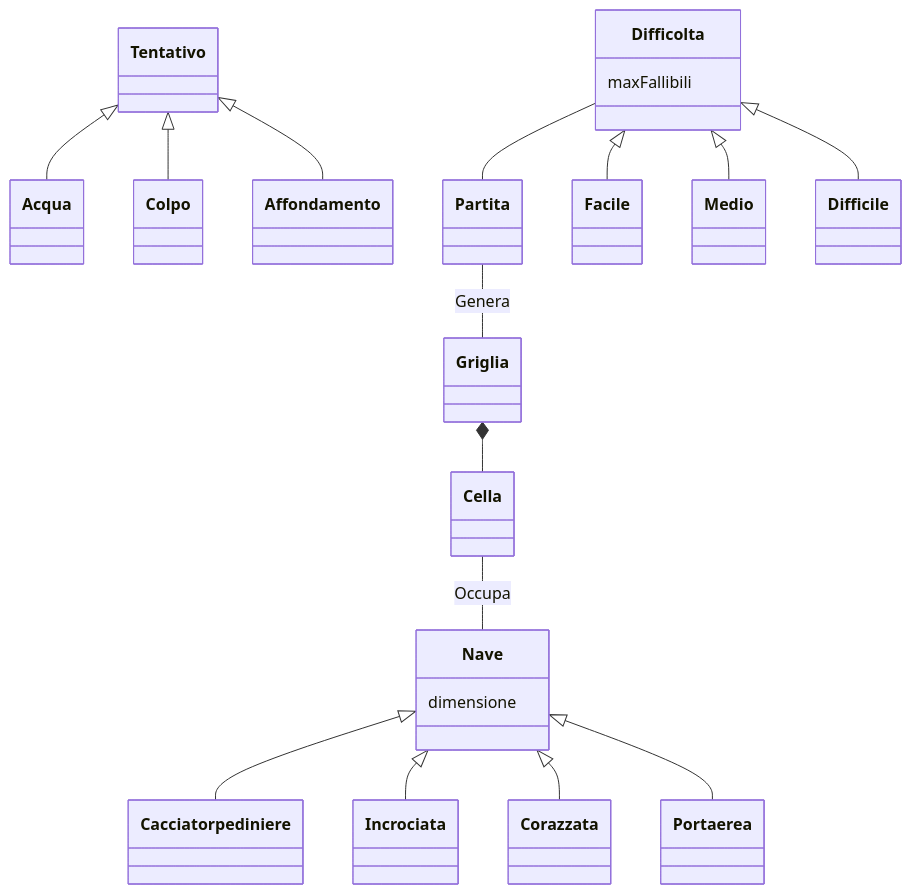
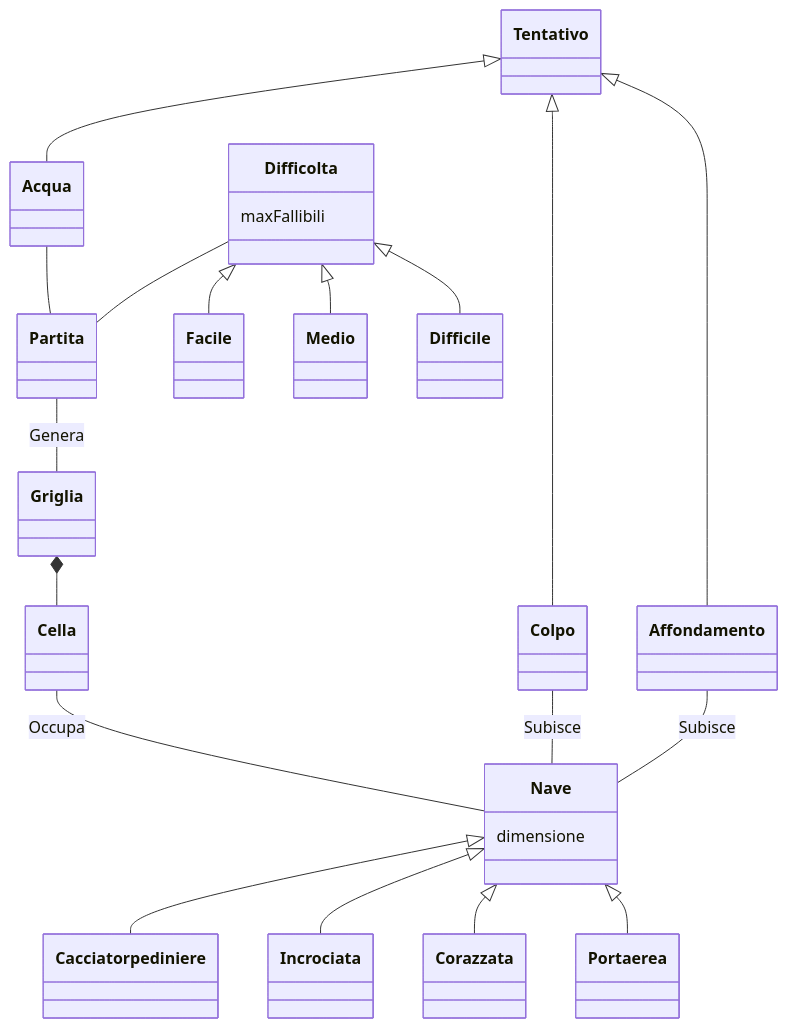
One commit to softeng2223-inf-uniba/progetto2223-thacker changed the diagram in docs/Report.md. Above: the diagram before and after it, drawn with Mermaid.

Commit message:
Aggiunte associazioni tra concetti (specializzazioni di Tentativo, Nave e Partita)

````diff
--- a/docs/Report.md
+++ b/docs/Report.md
@@ -7,32 +7,36 @@
 ```mermaid
     
     classDiagram
         
         Partita -- Griglia : Genera
         Griglia *-- Cella
         Cella -- Nave : Occupa
 
         Nave <|-- Cacciatorpediniere
         Nave <|-- Incrociata
         Nave <|-- Corazzata
         Nave <|-- Portaerea
         
         Tentativo <|-- Acqua
         Tentativo <|-- Colpo
         Tentativo <|-- Affondamento
 
+        Acqua -- Partita
+        Colpo -- Nave : Subisce
+        Affondamento -- Nave : Subisce
+
         Difficolta -- Partita
         Difficolta <|-- Facile
         Difficolta <|-- Medio
         Difficolta <|-- Difficile
 
         class Nave{
             dimensione
         }
 
         class Difficolta{
             maxFallibili
         }
 
 
 ```
````
